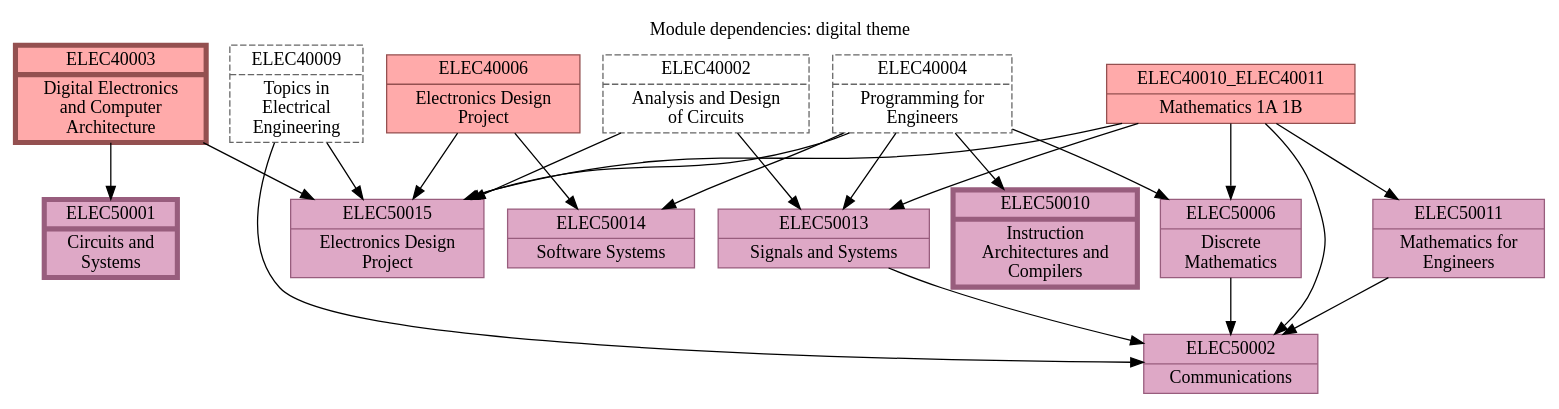
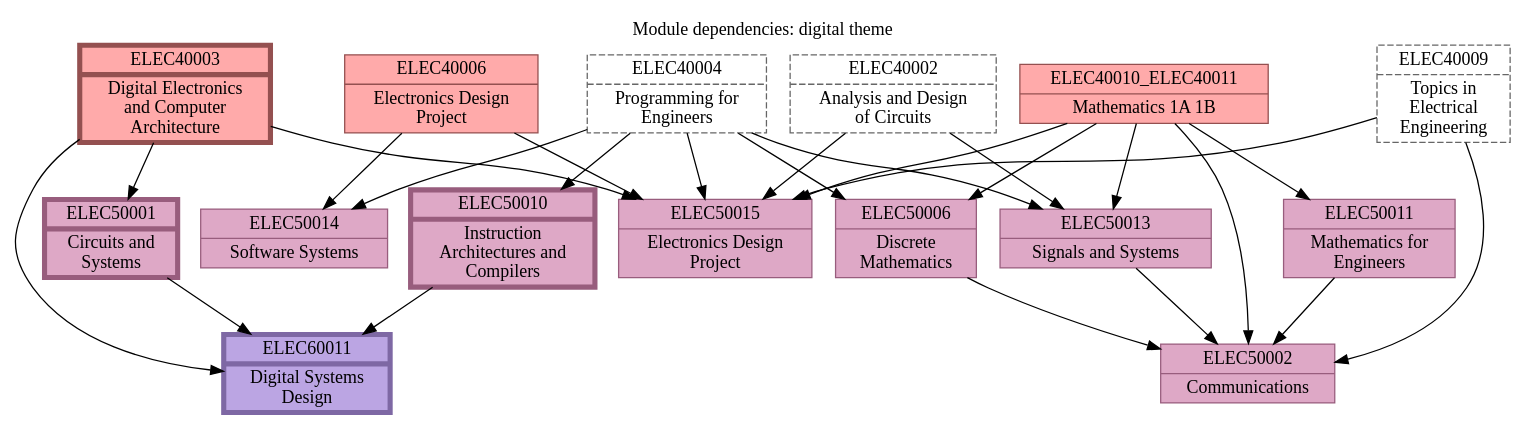
The diagram in modules.dot (johnwickerson/ee_modules), drawn with Graphviz before and after one commit. The commit also changed 3 other files, not shown here.

```diff
--- a/modules.dot
+++ b/modules.dot
@@ -1,91 +1,96 @@
 // This is an auto-generated file. Don't edit this file; edit `modules.yml` instead.
 
 digraph G {
   graph[root="root"];
   node[shape="record", style="filled"];
 
   node[color="#945050", fillcolor="#ffaaaa", penwidth=4, style="filled"];
 
   ELEC40003 [label="{ELEC40003 | Digital Electronics\nand Computer\nArchitecture}"];
 
 
   node[penwidth=1];
 
   ELEC40006 [label="{ELEC40006 | Electronics Design\nProject}"];
 
   ELEC40010_ELEC40011 [label="{ELEC40010_ELEC40011 | Mathematics 1A 1B}"];
 
 
   node[color="#666666", fillcolor="#dddddd", style="dashed"];
 
   ELEC40009 [label="{ELEC40009 | Topics in\nElectrical\nEngineering}"];
 
   ELEC40002 [label="{ELEC40002 | Analysis and Design\nof Circuits}"];
 
   ELEC40004 [label="{ELEC40004 | Programming for\nEngineers}"];
 
   node[color="#985d7d", fillcolor="#dea8c6", penwidth=4, style="filled"];
 
   ELEC50001 [label="{ELEC50001 | Circuits and\nSystems}"];
   ELEC40003 -> ELEC50001;
 
   ELEC50010 [label="{ELEC50010 | Instruction\nArchitectures and\nCompilers}"];
   ELEC40004 -> ELEC50010;
 
 
   node[penwidth=1];
 
   ELEC50002 [label="{ELEC50002 | Communications}"];
   ELEC40009 -> ELEC50002;
   ELEC40010_ELEC40011 -> ELEC50002;
   ELEC50006 -> ELEC50002;
   ELEC50011 -> ELEC50002;
   ELEC50013 -> ELEC50002;
 
   ELEC50015 [label="{ELEC50015 | Electronics Design\nProject}"];
   ELEC40002 -> ELEC50015;
   ELEC40003 -> ELEC50015;
   ELEC40004 -> ELEC50015;
   ELEC40006 -> ELEC50015;
   ELEC40009 -> ELEC50015;
   ELEC40010_ELEC40011 -> ELEC50015;
 
   ELEC50014 [label="{ELEC50014 | Software Systems}"];
   ELEC40004 -> ELEC50014;
   ELEC40006 -> ELEC50014;
 
   ELEC50006 [label="{ELEC50006 | Discrete\nMathematics}"];
   ELEC40004 -> ELEC50006;
   ELEC40010_ELEC40011 -> ELEC50006;
 
   ELEC50011 [label="{ELEC50011 | Mathematics for\nEngineers}"];
   ELEC40010_ELEC40011 -> ELEC50011;
 
 
   node[color="#666666", fillcolor="#dddddd", style="dashed"];
 
   ELEC50013 [label="{ELEC50013 | Signals and Systems}"];
   ELEC40002 -> ELEC50013;
   ELEC40004 -> ELEC50013;
   ELEC40010_ELEC40011 -> ELEC50013;
 
   node[color="#7e68a4", fillcolor="#bba5e3", penwidth=4, style="filled"];
 
+  ELEC60011 [label="{ELEC60011 | Digital Systems\nDesign}"];
+  ELEC40003 -> ELEC60011 [weight=0];
+  ELEC50001 -> ELEC60011;
+  ELEC50010 -> ELEC60011;
+
 
   node[penwidth=1];
 
 
   node[color="#666666", fillcolor="#dddddd", style="dashed"];
 
   node[color="#4d5395", fillcolor="#9aa3ff", penwidth=4, style="filled"];
 
 
   node[penwidth=1];
 
 
   node[color="#666666", fillcolor="#dddddd", style="dashed"];
 
   // title
   labelloc="t";
   label="Module dependencies: digital theme";
 }
```
